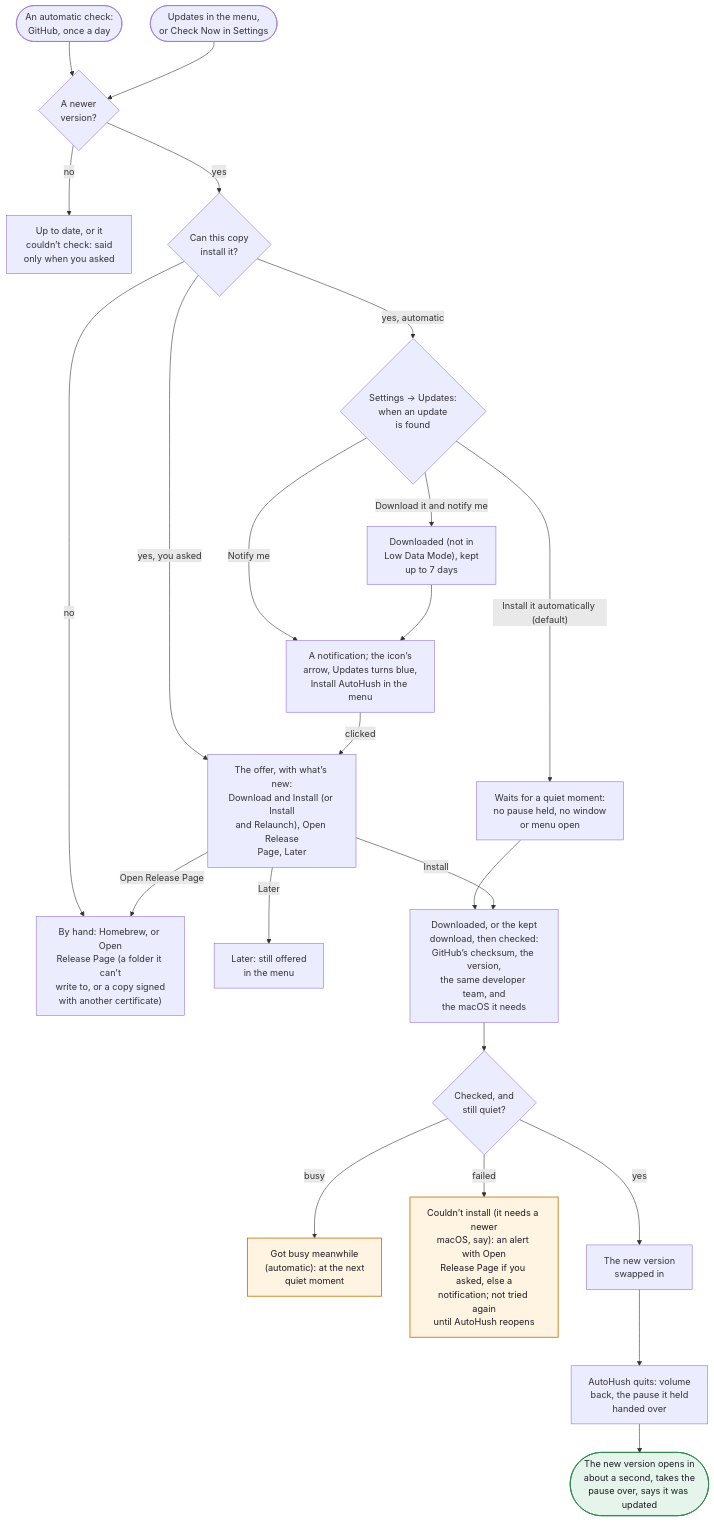
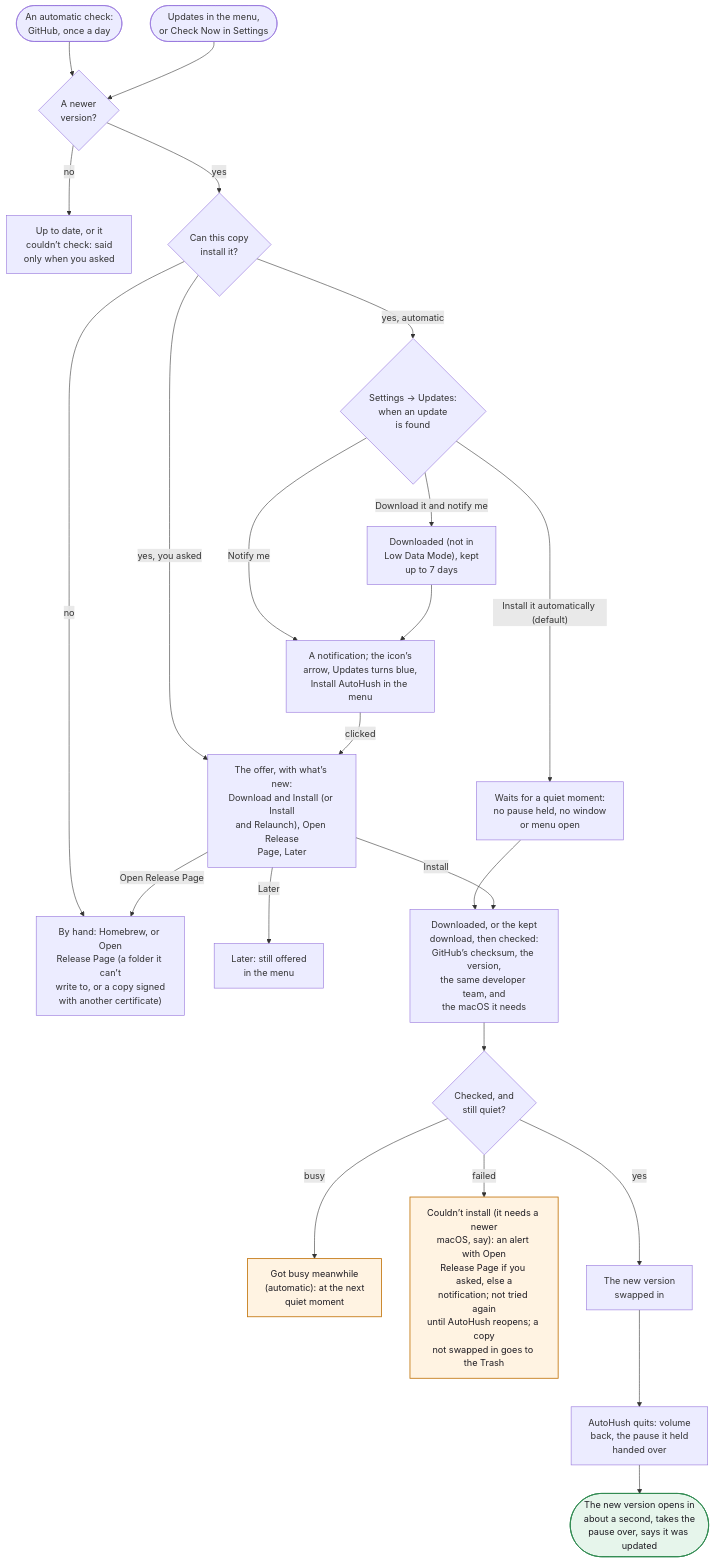
One commit to hfustercabre/AutoHush changed diagram 12 of 14 in WORKFLOWS.md. Above: the diagram before and after it, drawn with Mermaid. The commit also changed other lines of this file and 157 other files, not shown here.

````diff
--- a/WORKFLOWS.md
+++ b/WORKFLOWS.md
@@ -608,46 +608,46 @@
 ```mermaid
 flowchart TD
   AUTO(["An automatic check:<br/>GitHub, once a day"])
   ASK(["Updates in the menu,<br/>or Check Now in Settings"])
   NEW{"A newer<br/>version?"}
   UTD["Up to date, or it<br/>couldn’t check: said<br/>only when you asked"]
   CAN{"Can this copy<br/>install it?"}
   HAND["By hand: Homebrew, or Open<br/>Release Page (a folder it can’t<br/>write to, or a copy signed<br/>with another certificate)"]
   MODE{"Settings → Updates:<br/>when an update<br/>is found"}
   NOT["A notification; the icon’s<br/>arrow, Updates turns blue,<br/>Install AutoHush in the menu"]
   DL["Downloaded (not in<br/>Low Data Mode), kept<br/>up to 7 days"]
   AI["Waits for a quiet moment:<br/>no pause held, no window<br/>or menu open"]
   OFFER["The offer, with what’s new:<br/>Download and Install (or Install<br/>and Relaunch), Open Release<br/>Page, Later"]
   LATER["Later: still offered<br/>in the menu"]
   PREP["Downloaded, or the kept<br/>download, then checked:<br/>GitHub’s checksum, the version,<br/>the same developer team, and<br/>the macOS it needs"]
   OK{"Checked, and<br/>still quiet?"}
   BUSY["Got busy meanwhile<br/>(automatic): at the next<br/>quiet moment"]
-  ERR["Couldn’t install (it needs a newer<br/>macOS, say): an alert with Open<br/>Release Page if you asked, else a<br/>notification; not tried again<br/>until AutoHush reopens"]
+  ERR["Couldn’t install (it needs a newer<br/>macOS, say): an alert with Open<br/>Release Page if you asked, else a<br/>notification; not tried again<br/>until AutoHush reopens; a copy<br/>not swapped in goes to the Trash"]
   SWAP["The new version<br/>swapped in"]
   QUIT["AutoHush quits: volume<br/>back, the pause it held<br/>handed over"]
   OPEN(["The new version opens in<br/>about a second, takes the<br/>pause over, says it was updated"])
 
   AUTO --> NEW
   ASK --> NEW
   NEW -->|"no"| UTD
   NEW -->|"yes"| CAN
   CAN -->|"no"| HAND
   CAN -->|"yes, you asked"| OFFER
   CAN -->|"yes, automatic"| MODE
   MODE -->|"Notify me"| NOT
   MODE -->|"Download it and notify me"| DL --> NOT
   MODE -->|"Install it automatically (default)"| AI --> PREP
   NOT -->|"clicked"| OFFER
   OFFER -->|"Install"| PREP
   OFFER -->|"Open Release Page"| HAND
   OFFER -->|"Later"| LATER
   PREP --> OK
   OK -->|"busy"| BUSY
   OK -->|"failed"| ERR
   OK -->|"yes"| SWAP --> QUIT --> OPEN
 
   class ERR,BUSY warn
   class OPEN done
   classDef warn fill:#fff3e2,stroke:#c47812,stroke-width:1.5px,color:#1d1b22
   classDef done fill:#e6f5eb,stroke:#2f8a50,stroke-width:1.5px,color:#1d1b22
 ```
````
